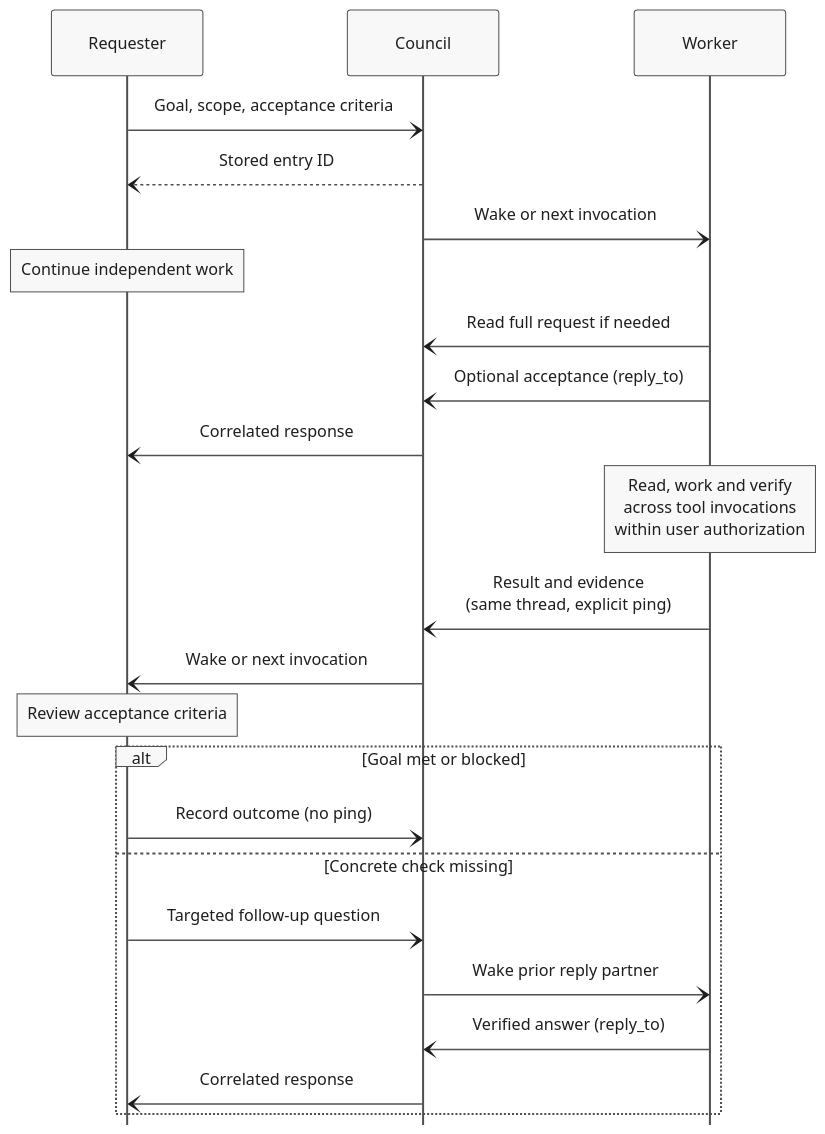
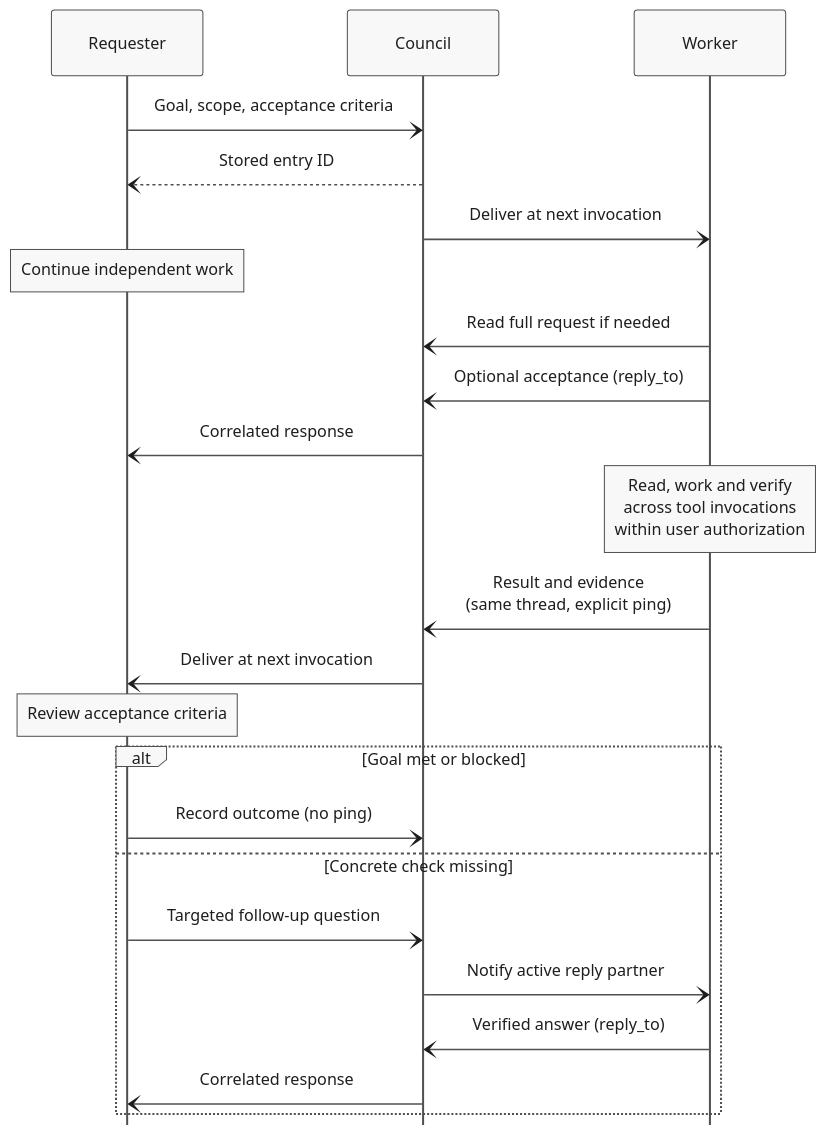
One commit to Blockether/vis changed the diagram in resources/vis-docs/assets/diagrams/council-messages.mmd. Above: the diagram before and after it, drawn with Mermaid. The commit also changed 20 other files, not shown here.

```diff
--- a/resources/vis-docs/assets/diagrams/council-messages.mmd
+++ b/resources/vis-docs/assets/diagrams/council-messages.mmd
@@ -1,57 +1,57 @@
 ---
 config:
   theme: base
   fontFamily: JetBrains Mono
   deterministicIds: true
   htmlLabels: false
   themeVariables:
     background: "#ffffff"
     primaryColor: "#f8f8f8"
     primaryTextColor: "#1e1e1e"
     primaryBorderColor: "#505050"
     secondaryColor: "#f8f8f8"
     tertiaryColor: "#ffffff"
     lineColor: "#505050"
     textColor: "#1e1e1e"
     actorTextColor: "#1e1e1e"
     actorBorder: "#505050"
     actorBkg: "#f8f8f8"
     signalColor: "#505050"
     signalTextColor: "#1e1e1e"
     noteBkgColor: "#f8f8f8"
     noteTextColor: "#1e1e1e"
     noteBorderColor: "#505050"
   sequence:
     useMaxWidth: true
     mirrorActors: false
     actorMargin: 36
     messageMargin: 28
   flowchart:
     htmlLabels: false
     curve: linear
 ---
 sequenceDiagram
     accTitle: Council asynchronous work and review
     accDescr: Each arrow is a separate message. A worker accepts scoped authorized work, reports a verified result, and receives a concrete follow-up only if a check is missing. A reply does not mark task completion.
     participant A as Requester
     participant C as Council
     participant B as Worker
     A-)C: Goal, scope, acceptance criteria
     C--)A: Stored entry ID
-    C-)B: Wake or next invocation
+    C-)B: Deliver at next invocation
     Note over A: Continue independent work
     B-)C: Read full request if needed
     B-)C: Optional acceptance (reply_to)
     C-)A: Correlated response
     Note over B: Read, work and verify<br/>across tool invocations<br/>within user authorization
     B-)C: Result and evidence<br/>(same thread, explicit ping)
-    C-)A: Wake or next invocation
+    C-)A: Deliver at next invocation
     Note over A: Review acceptance criteria
     alt Goal met or blocked
         A-)C: Record outcome (no ping)
     else Concrete check missing
         A-)C: Targeted follow-up question
-        C-)B: Wake prior reply partner
+        C-)B: Notify active reply partner
         B-)C: Verified answer (reply_to)
         C-)A: Correlated response
     end
```
